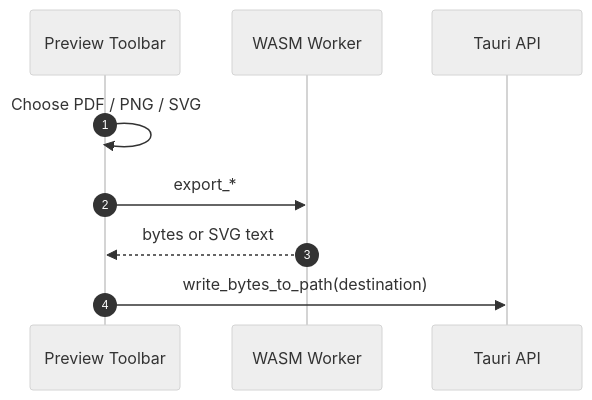
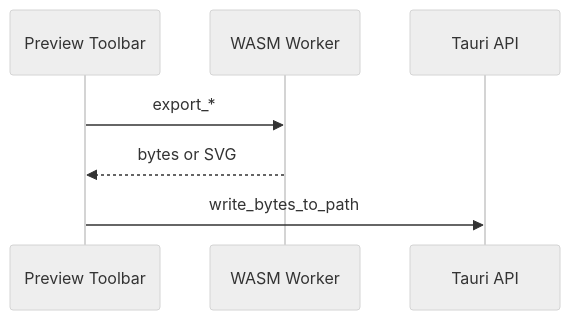
The seventh of 10 diagrams in context/sequence-diagrams.md (andmoreduro/ergo), drawn with Mermaid (neutral theme) before and after one commit. The commit also changed other lines of this file and 372 other files, not shown here.

````diff
--- a/context/sequence-diagrams.md
+++ b/context/sequence-diagrams.md
@@ -156,13 +114,9 @@
 ```mermaid
 sequenceDiagram
-    autonumber
-
     participant UI as Preview Toolbar
     participant Worker as WASM Worker
     participant API as Tauri API
-
-    UI->>UI: Choose PDF / PNG / SVG
     UI->>Worker: export_*
-    Worker-->>UI: bytes or SVG text
-    UI->>API: write_bytes_to_path(destination)
+    Worker-->>UI: bytes or SVG
+    UI->>API: write_bytes_to_path
 ```
````
